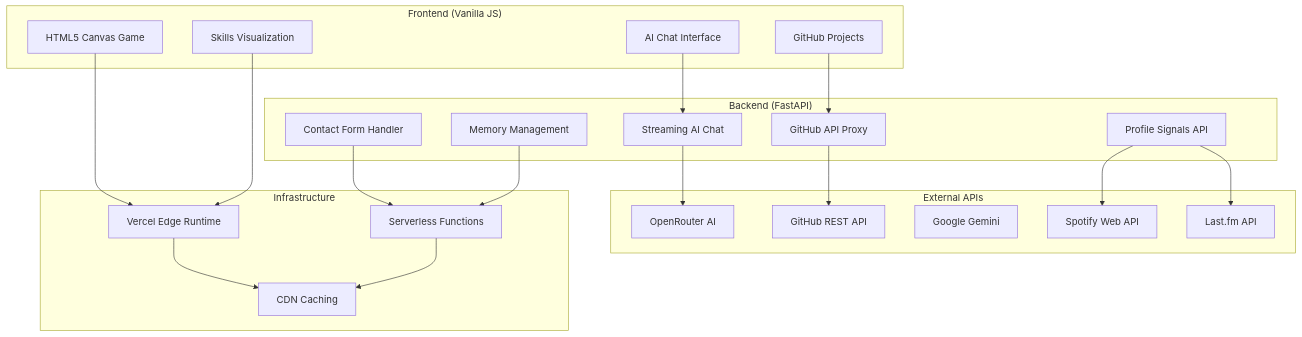
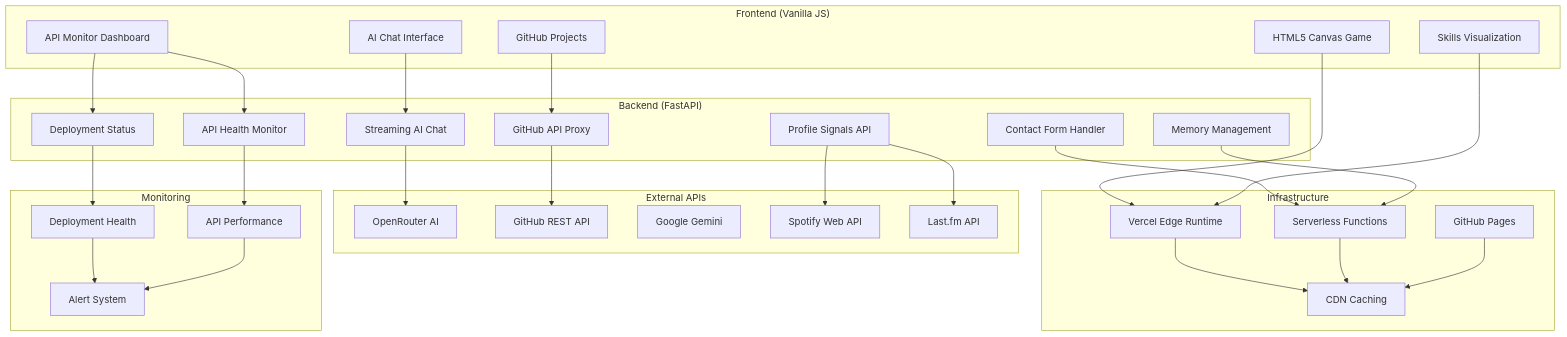
One commit to mangeshraut712/mangeshrautarchive changed the diagram in README.md. Above: the diagram before and after it, drawn with Mermaid. The commit also changed other lines of this file and 128 other files, not shown here.

````diff
--- a/README.md
+++ b/README.md
@@ -263,44 +177,61 @@
 ```mermaid
 graph TB
     subgraph "Frontend (Vanilla JS)"
         A[HTML5 Canvas Game]
         B[AI Chat Interface]
         C[Skills Visualization]
         D[GitHub Projects]
+        R[API Monitor Dashboard]
     end
 
     subgraph "Backend (FastAPI)"
         E[Streaming AI Chat]
         F[GitHub API Proxy]
         G[Contact Form Handler]
         H[Memory Management]
         O[Profile Signals API]
+        S[API Health Monitor]
+        T[Deployment Status]
     end
 
     subgraph "External APIs"
         I[OpenRouter AI]
         J[GitHub REST API]
         K[Google Gemini]
         P[Spotify Web API]
         Q[Last.fm API]
     end
 
     subgraph "Infrastructure"
         L[Vercel Edge Runtime]
         M[Serverless Functions]
         N[CDN Caching]
+        U[GitHub Pages]
+    end
+
+    subgraph "Monitoring"
+        V[Deployment Health]
+        W[API Performance]
+        X[Alert System]
     end
 
     A --> L
     B --> E
     C --> L
     D --> F
+    R --> S
+    R --> T
     E --> I
     F --> J
     G --> M
     H --> M
     O --> P
     O --> Q
+    S --> W
+    T --> V
+    V --> X
+    W --> X
     L --> N
     M --> N
+    U --> N
 ```
````
